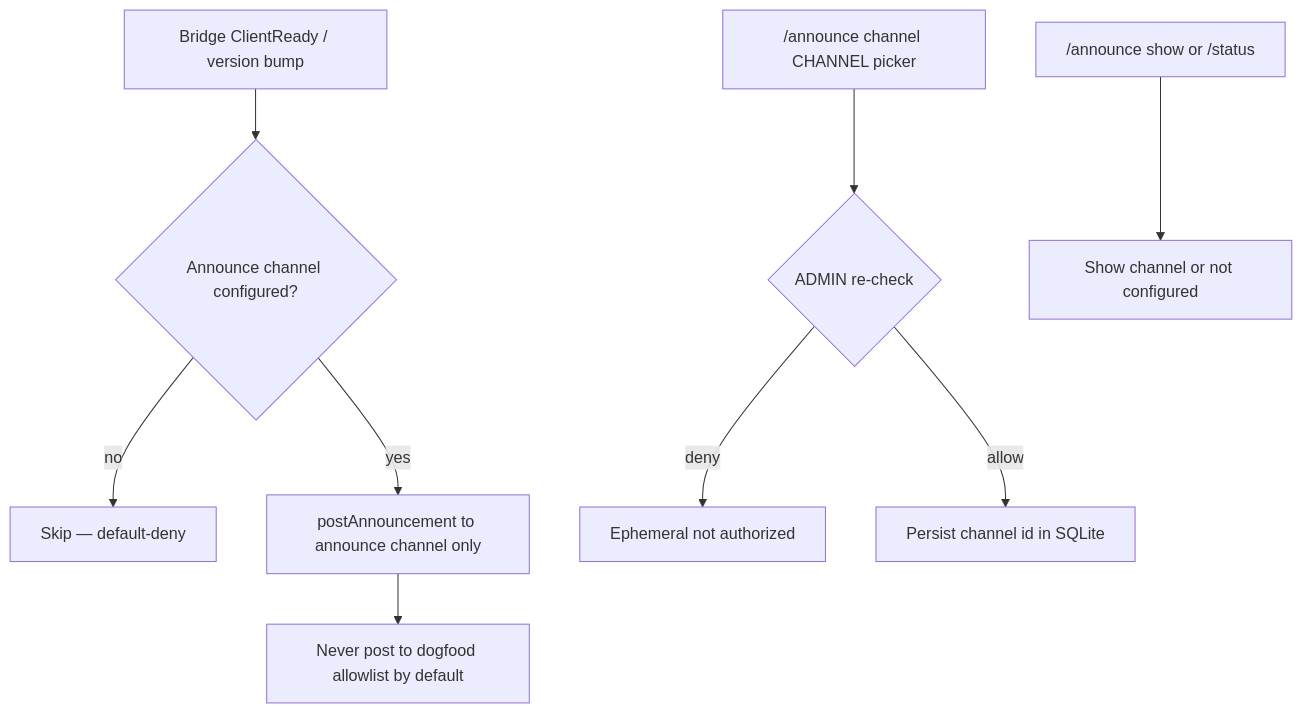
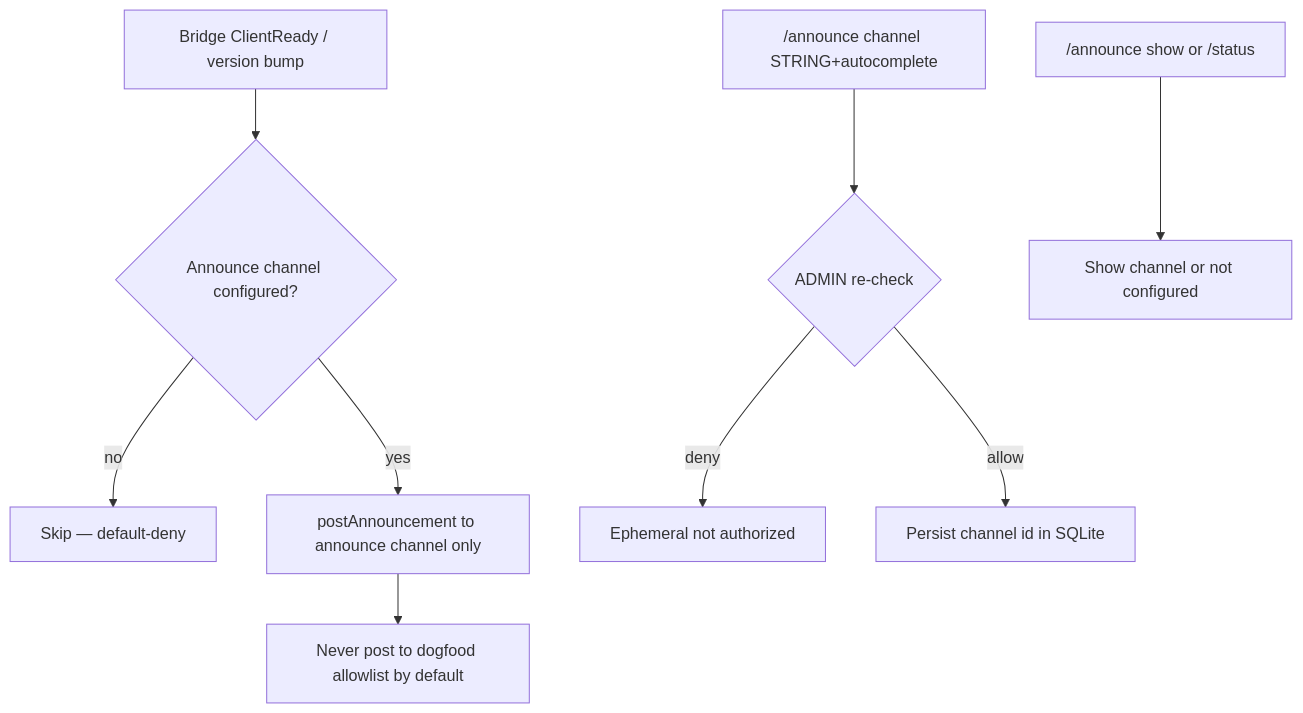
One commit to CorvidLabs/Corvidinho changed the first of 3 diagrams in docs/discord.md. Above: the diagram before and after it, drawn with Mermaid. The commit also changed other lines of this file and 19 other files, not shown here.

First line of the commit message:
feat(discord): searchable channel STRING+autocomplete for /admin and /announce (v0.0.16)

````diff
--- a/docs/discord.md
+++ b/docs/discord.md
@@ -48,11 +48,11 @@
 ```mermaid
 flowchart TD
   A[Bridge ClientReady / version bump] --> B{Announce channel configured?}
   B -->|no| C[Skip — default-deny]
   B -->|yes| D[postAnnouncement to announce channel only]
   D --> E[Never post to dogfood allowlist by default]
-  F["/announce channel CHANNEL picker"] --> G{ADMIN re-check}
+  F["/announce channel STRING+autocomplete"] --> G{ADMIN re-check}
   G -->|deny| H[Ephemeral not authorized]
   G -->|allow| I[Persist channel id in SQLite]
   J["/announce show or /status"] --> K[Show channel or not configured]
 ```
````
